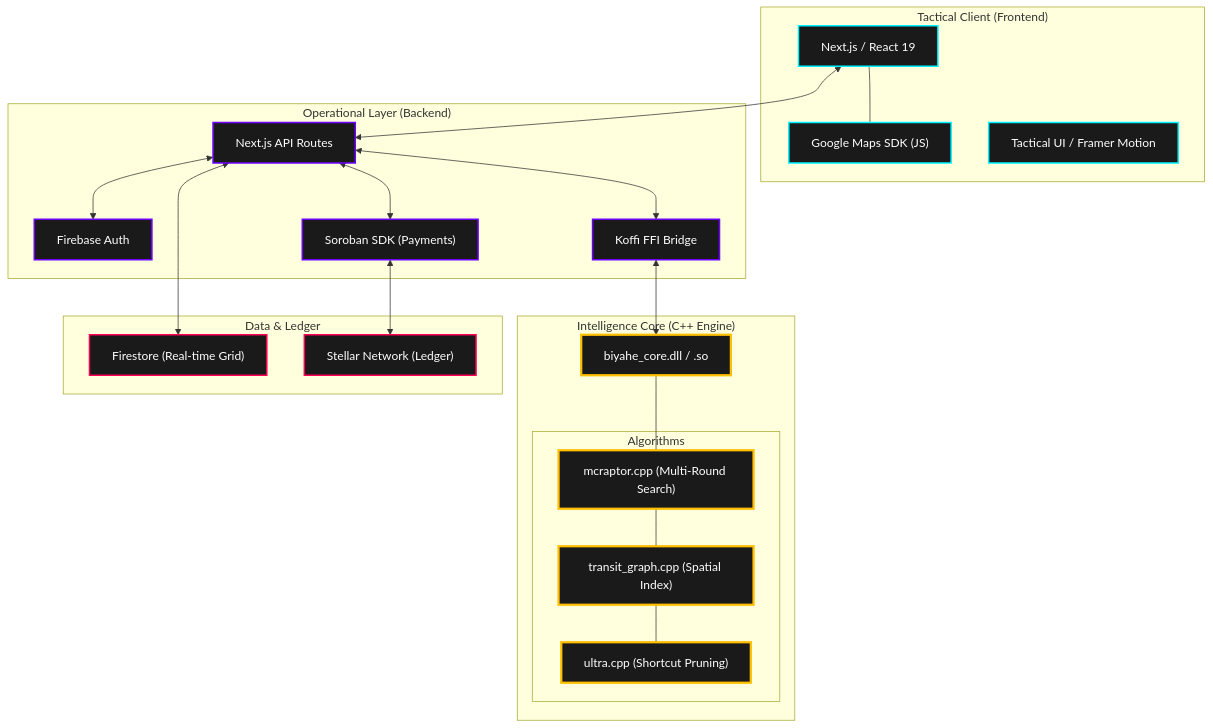
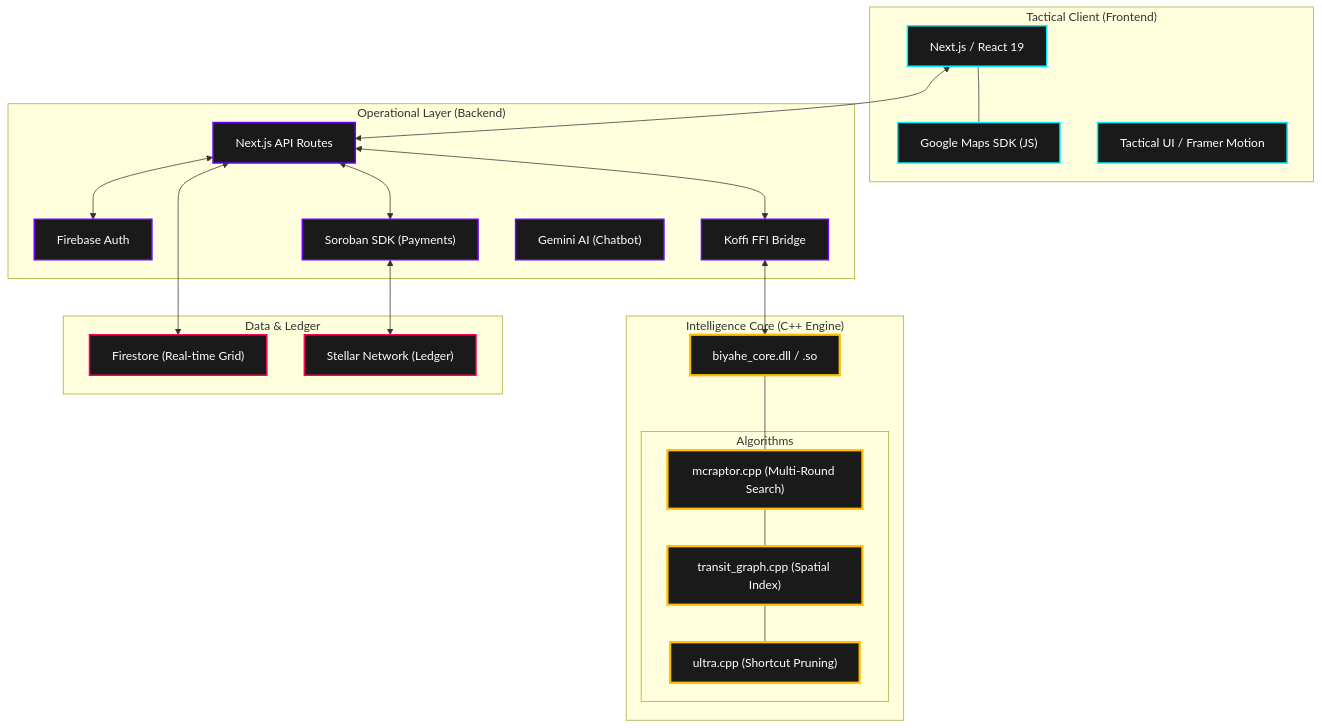
Before and after one commit to PrinceDale99/biyaheMAIN: the first of 4 diagrams in README.md, drawn with Mermaid. The commit also changed other lines of this file and 23 other files, not shown here.

````diff
--- a/README.md
+++ b/README.md
@@ -11,52 +11,53 @@
 ```mermaid
 graph TD
     %% Define Styles
     classDef frontend fill:#1a1a1a,stroke:#00f2ff,stroke-width:2px,color:#fff;
     classDef backend fill:#1a1a1a,stroke:#7000ff,stroke-width:2px,color:#fff;
     classDef core fill:#1a1a1a,stroke:#ffbf00,stroke-width:3px,color:#fff;
     classDef storage fill:#1a1a1a,stroke:#ff0055,stroke-width:2px,color:#fff;
 
     subgraph "Tactical Client (Frontend)"
         UI["Next.js / React 19"]
         GMA["Google Maps SDK (JS)"]
         Haptic["Tactical UI / Framer Motion"]
         class UI,GMA,Haptic frontend;
     end
 
     subgraph "Operational Layer (Backend)"
         API["Next.js API Routes"]
         Auth["Firebase Auth"]
         Koffi["Koffi FFI Bridge"]
         Stellar["Soroban SDK (Payments)"]
-        class API,Auth,Koffi,Stellar backend;
+        Gemini["Gemini AI (Chatbot)"]
+        class API,Auth,Koffi,Stellar,Gemini backend;
     end
 
     subgraph "Intelligence Core (C++ Engine)"
         Shared["biyahe_core.dll / .so"]
         subgraph "Algorithms"
             MC["mcraptor.cpp (Multi-Round Search)"]
             UT["ultra.cpp (Shortcut Pruning)"]
             TG["transit_graph.cpp (Spatial Index)"]
         end
         class Shared,MC,UT,TG core;
     end
 
     subgraph "Data & Ledger"
         FS["Firestore (Real-time Grid)"]
         XL["Stellar Network (Ledger)"]
         class FS,XL storage;
     end
 
     %% Interactions
     UI <--> API
     API <--> FS
     API <--> Auth
     API <--> Koffi
     Koffi <--> Shared
     Shared --- MC
     MC --- TG
     TG --- UT
     API <--> Stellar
     Stellar <--> XL
     UI --- GMA
 ```
````
